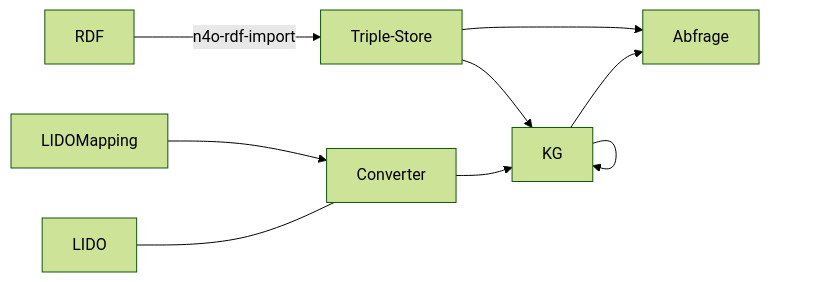
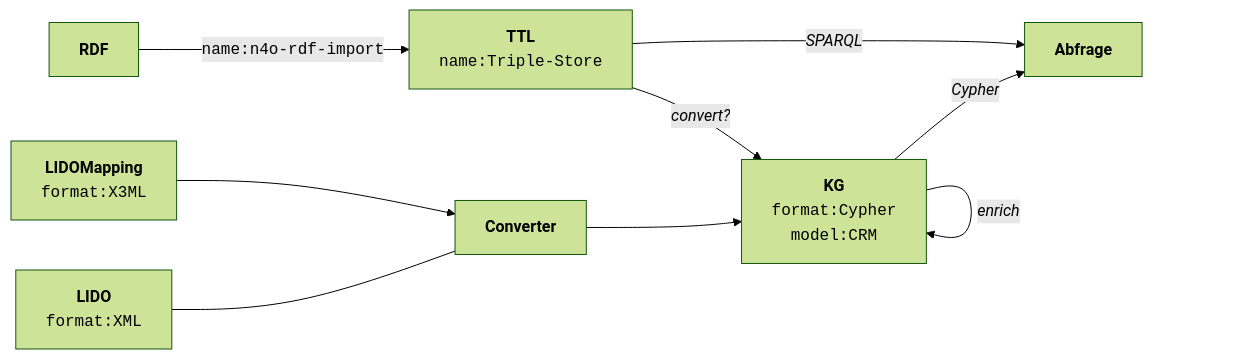
The diagram in data-flow.mmd (nfdi4objects/n4o-graph), drawn with Mermaid (forest theme) before and after one commit. The commit also changed 2 other files, not shown here.

```diff
--- a/data-flow.mmd
+++ b/data-flow.mmd
@@ -1,16 +1,16 @@
 flowchart LR
-    Abfrage
-    Converter
-    KG
-    LIDO
-    LIDOMapping
-    RDF
-    TTL["Triple-Store"]
+    Abfrage["<b>Abfrage</b>"]
+    Converter["<b>Converter</b>"]
+    KG["<b>KG</b><br><tt>format:Cypher</tt><br><tt>model:CRM</tt>"]
+    LIDO["<b>LIDO</b><br><tt>format:XML</tt>"]
+    LIDOMapping["<b>LIDOMapping</b><br><tt>format:X3ML</tt>"]
+    RDF["<b>RDF</b>"]
+    TTL["<b>TTL</b><br><tt>name:Triple-Store</tt>"]
     LIDO --- Converter
     Converter --> KG
-    RDF -- "n4o-rdf-import" --> TTL
-    KG --> KG
+    RDF -- "<tt>name:n4o-rdf-import</tt>" --> TTL
+    KG -- "<i>enrich</i>" --> KG
     LIDOMapping --> Converter
-    KG --> Abfrage
-    TTL --> Abfrage
-    TTL --> KG
+    KG -- "<i>Cypher</i>" --> Abfrage
+    TTL -- "<i>SPARQL</i>" --> Abfrage
+    TTL -- "<i>convert?</i>" --> KG
```
